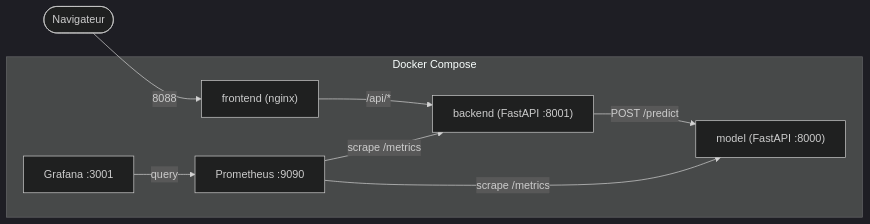
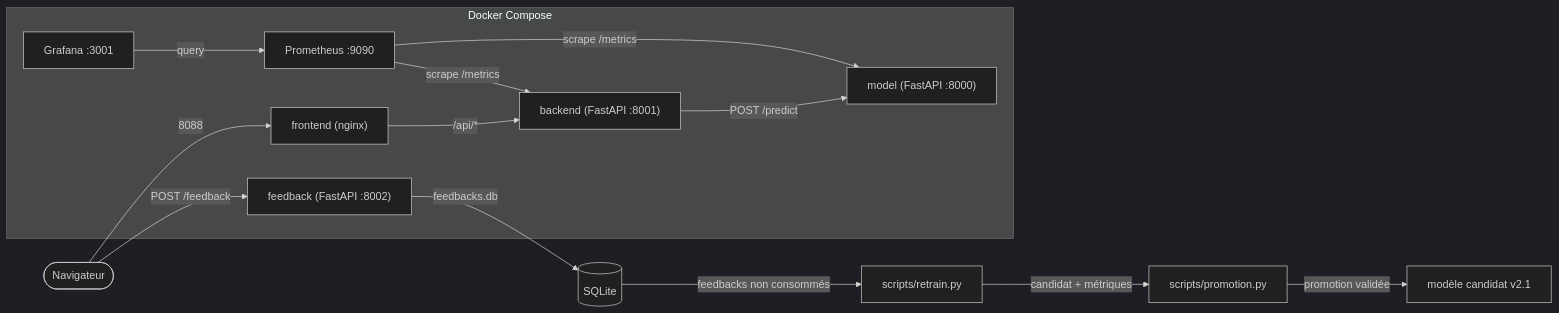
One commit to rbatos/M5-B1-B2-pyrenex-prod-joelle-romain changed the diagram in README.md. Above: the diagram before and after it, drawn with Mermaid (dark theme). The commit also changed other lines of this file, not shown here.

````diff
--- a/README.md
+++ b/README.md
@@ -5,18 +5,24 @@
 ```mermaid
 flowchart LR
     User(["Navigateur"]) -->|"8088"| Frontend["frontend (nginx)"]
     Frontend -->|"/api/*"| Backend["backend (FastAPI :8001)"]
     Backend -->|"POST /predict"| Model["model (FastAPI :8000)"]
+    User -->|"POST /feedback"| Feedback["feedback (FastAPI :8002)"]
+    Feedback -->|"feedbacks.db"| SQLite[(SQLite)]
+    SQLite -->|"feedbacks non consommés"| Retrain["scripts/retrain.py"]
+    Retrain -->|"candidat + métriques"| Promotion["scripts/promotion.py"]
+    Promotion -->|"promotion validée"| Candidate["modèle candidat v2.1"]
 
     Prometheus["Prometheus :9090"] -->|"scrape /metrics"| Backend
     Prometheus -->|"scrape /metrics"| Model
     Grafana["Grafana :3001"] -->|"query"| Prometheus
 
     subgraph Docker Compose
         Frontend
         Backend
         Model
+        Feedback
         Prometheus
         Grafana
     end
 ```
````
